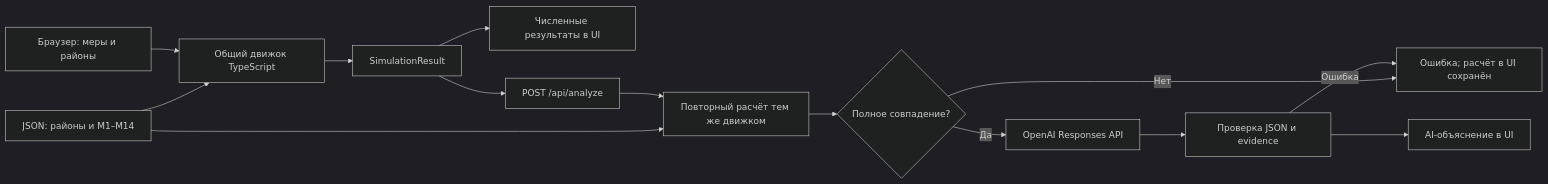
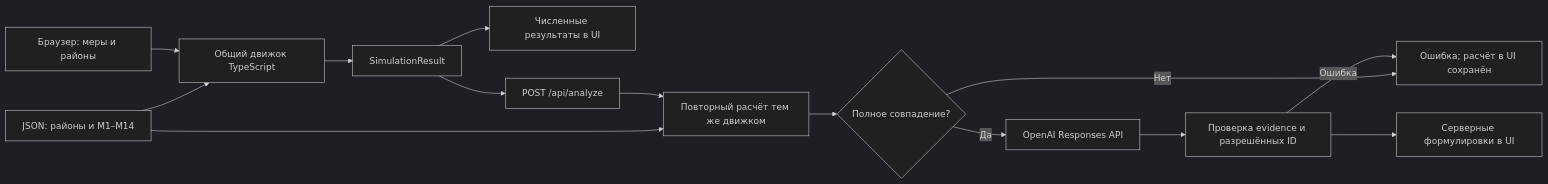
The first of 2 diagrams in README.md (BAITC-Hacks/hack-aac97b57-qarapaiym), drawn with Mermaid (dark theme) before and after one commit. The commit also changed other lines of this file and 13 other files, not shown here.

````diff
--- a/README.md
+++ b/README.md
@@ -37,16 +37,16 @@
 ```mermaid
 flowchart LR
     DATA["JSON: районы и M1–M14"] --> ENGINE["Общий движок TypeScript"]
     PLAN["Браузер: меры и районы"] --> ENGINE
     ENGINE --> RESULT["SimulationResult"]
     RESULT --> UI["Численные результаты в UI"]
     RESULT --> API["POST /api/analyze"]
     DATA --> SERVER["Повторный расчёт тем же движком"]
     API --> SERVER
     SERVER --> MATCH{"Полное совпадение?"}
     MATCH -->|Нет| ERROR["Ошибка; расчёт в UI сохранён"]
     MATCH -->|Да| AI["OpenAI Responses API"]
-    AI --> CHECK["Проверка JSON и evidence"]
-    CHECK --> TEXT["AI-объяснение в UI"]
+    AI --> CHECK["Проверка evidence и разрешённых ID"]
+    CHECK --> TEXT["Серверные формулировки в UI"]
     CHECK -->|Ошибка| ERROR
 ```
````
